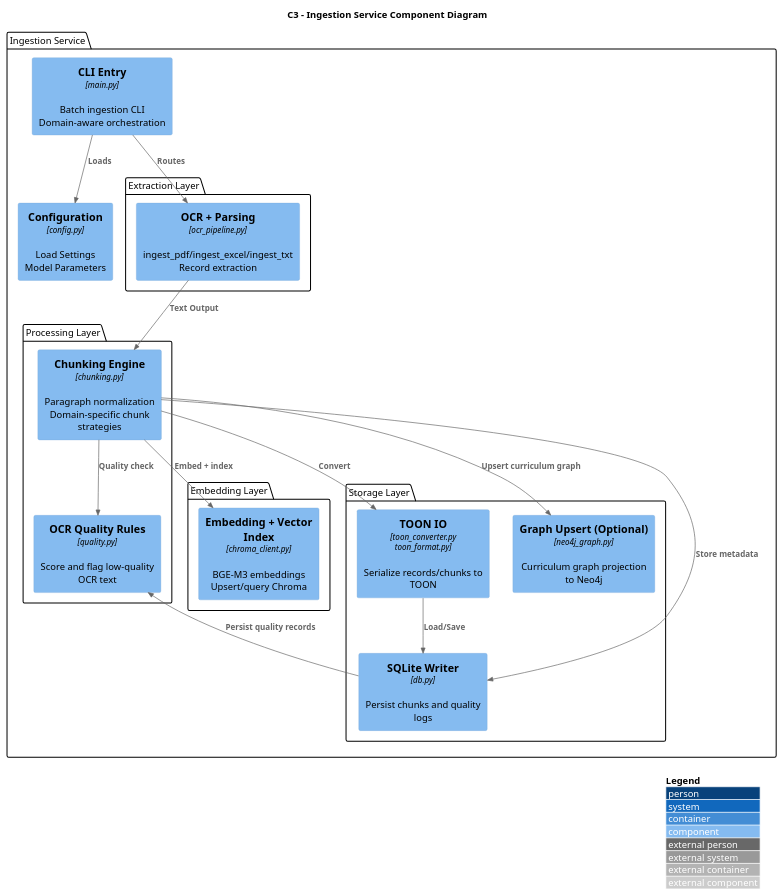
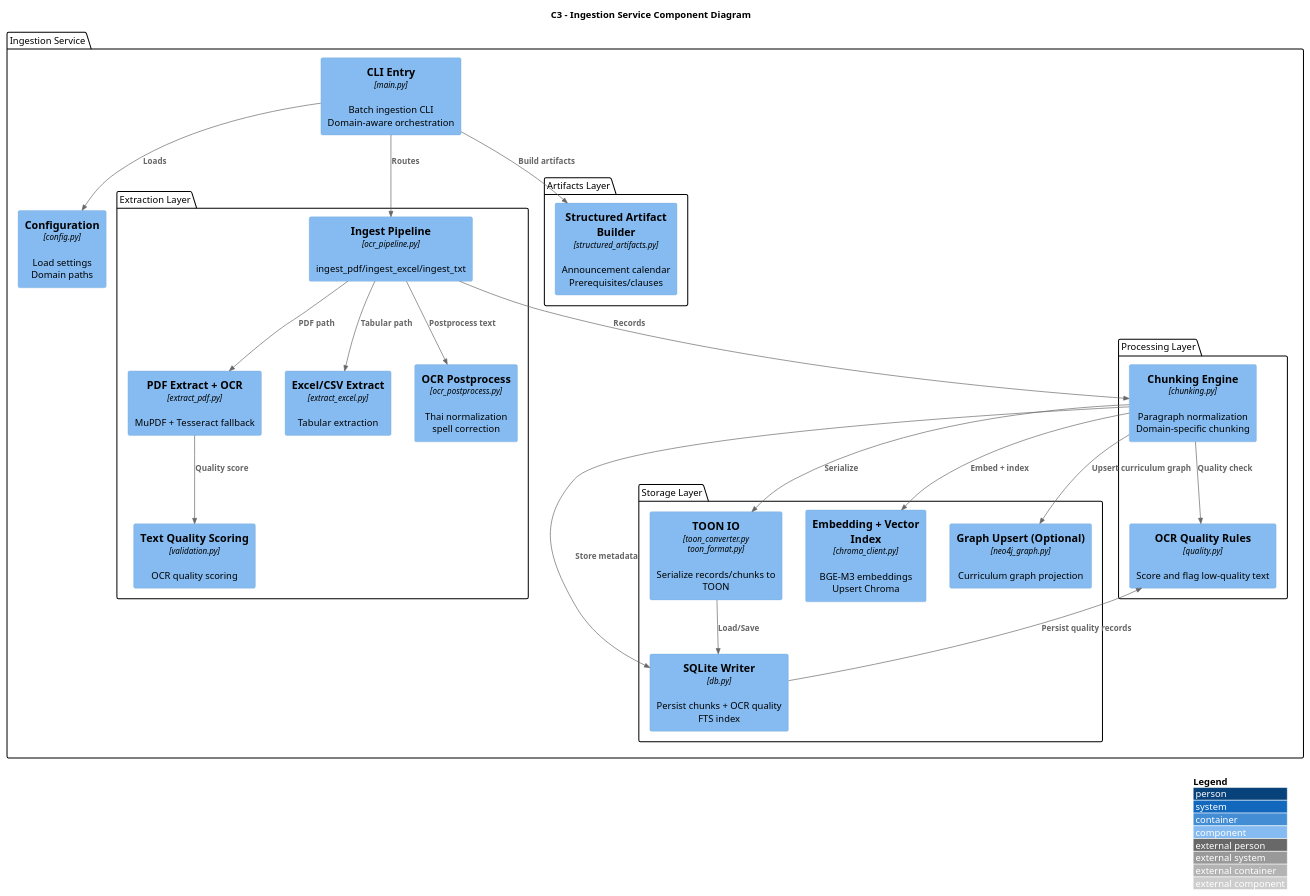
Before and after one commit to KKOIDF/CPE-CHAT-0.0.2: the diagram in docs/backend_c3_ingestion.puml, drawn with PlantUML. The commit also changed 20 other files, not shown here.

```diff
--- a/docs/backend_c3_ingestion.puml
+++ b/docs/backend_c3_ingestion.puml
@@ -1,48 +1,60 @@
 @startuml Backend_C3_Ingestion_Components
 !include https://raw.githubusercontent.com/plantuml-stdlib/C4-PlantUML/master/C4_Component.puml
 
 LAYOUT_WITH_LEGEND()
 
 title C3 - Ingestion Service Component Diagram
 
 package "Ingestion Service" as ingestion_container {
 
     Component(main, "CLI Entry", "main.py", "Batch ingestion CLI\nDomain-aware orchestration")
 
     package "Extraction Layer" as extraction {
-        Component(ocr_pipe, "OCR + Parsing", "ocr_pipeline.py", "ingest_pdf/ingest_excel/ingest_txt\nRecord extraction")
+        Component(ocr_pipe, "Ingest Pipeline", "ocr_pipeline.py", "ingest_pdf/ingest_excel/ingest_txt")
+        Component(extract_pdf, "PDF Extract + OCR", "extract_pdf.py", "MuPDF + Tesseract fallback")
+        Component(extract_excel, "Excel/CSV Extract", "extract_excel.py", "Tabular extraction")
+        Component(ocr_post, "OCR Postprocess", "ocr_postprocess.py", "Thai normalization\nspell correction")
+        Component(validation, "Text Quality Scoring", "validation.py", "OCR quality scoring")
     }
 
     package "Processing Layer" as processing {
-        Component(chunking, "Chunking Engine", "chunking.py", "Paragraph normalization\nDomain-specific chunk strategies")
-        Component(quality_review, "OCR Quality Rules", "quality.py", "Score and flag low-quality OCR text")
+        Component(chunking, "Chunking Engine", "chunking.py", "Paragraph normalization\nDomain-specific chunking")
+        Component(quality_review, "OCR Quality Rules", "quality.py", "Score and flag low-quality text")
     }
 
-    package "Embedding Layer" as embedding {
-        Component(chroma_client, "Embedding + Vector Index", "chroma_client.py", "BGE-M3 embeddings\nUpsert/query Chroma")
+    package "Artifacts Layer" as artifacts {
+        Component(structured_artifacts, "Structured Artifact Builder", "structured_artifacts.py", "Announcement calendar\nPrerequisites/clauses")
     }
 
     package "Storage Layer" as storage {
         Component(toon_conv, "TOON IO", "toon_converter.py\ntoon_format.py", "Serialize records/chunks to TOON")
-        Component(db_client, "SQLite Writer", "db.py", "Persist chunks and quality logs")
-        Component(graph_upsert, "Graph Upsert (Optional)", "neo4j_graph.py", "Curriculum graph projection to Neo4j")
+        Component(db_client, "SQLite Writer", "db.py", "Persist chunks + OCR quality\nFTS index")
+        Component(chroma_client, "Embedding + Vector Index", "chroma_client.py", "BGE-M3 embeddings\nUpsert Chroma")
+        Component(graph_upsert, "Graph Upsert (Optional)", "neo4j_graph.py", "Curriculum graph projection")
     }
 
-    Component(config, "Configuration", "config.py", "Load Settings\nModel Parameters")
+    Component(config, "Configuration", "config.py", "Load settings\nDomain paths")
 }
 
 Rel(main, config, "Loads")
 Rel(main, ocr_pipe, "Routes")
 
-Rel(ocr_pipe, chunking, "Text Output")
+Rel(ocr_pipe, extract_pdf, "PDF path")
+Rel(ocr_pipe, extract_excel, "Tabular path")
+Rel(ocr_pipe, ocr_post, "Postprocess text")
+Rel(extract_pdf, validation, "Quality score")
 
+Rel(ocr_pipe, chunking, "Records")
 Rel(chunking, quality_review, "Quality check")
 Rel(chunking, chroma_client, "Embed + index")
 Rel(chunking, db_client, "Store metadata")
-Rel(chunking, toon_conv, "Convert")
+Rel(chunking, toon_conv, "Serialize")
+Rel(chunking, graph_upsert, "Upsert curriculum graph")
+
+Rel(main, structured_artifacts, "Build artifacts")
+
 Rel(toon_conv, db_client, "Load/Save")
-Rel(chunking, graph_upsert, "Upsert curriculum graph")
 
 Rel(db_client, quality_review, "Persist quality records")
 
 @enduml
```
